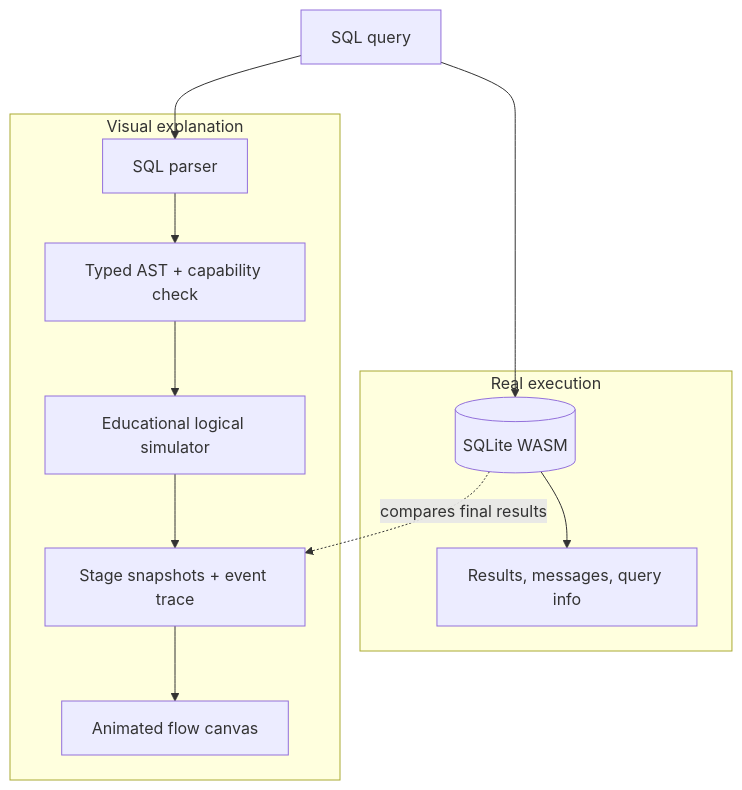
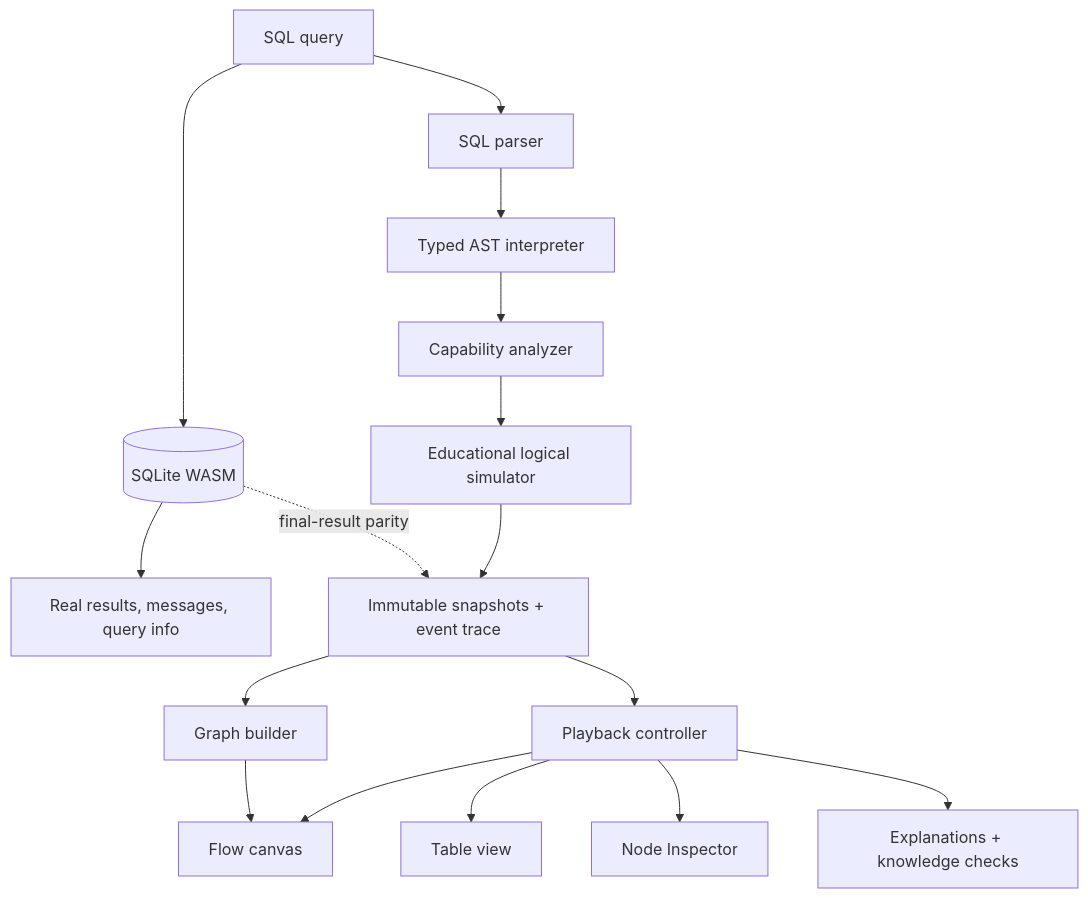
One commit to Student-Abhishekkumar/SQL-Visualizer changed the diagram in README.md. Above: the diagram before and after it, drawn with Mermaid. The commit also changed other lines of this file and 45 other files, not shown here.

````diff
--- a/README.md
+++ b/README.md
@@ -136,26 +143,20 @@
 ```mermaid
 flowchart TD
-    Q[SQL query]
+    Q[SQL query] --> SQLITE[(SQLite WASM)]
+    SQLITE --> RESULT[Real results, messages, query info]
 
-    subgraph real[Real execution]
-        SQLITE[(SQLite WASM)]
-        RESULT[Results, messages, query info]
-    end
+    Q --> PARSER[SQL parser]
+    PARSER --> INTERP[Typed AST interpreter]
+    INTERP --> CAP[Capability analyzer]
+    CAP --> SIM[Educational logical simulator]
+    SIM --> SNAP[Immutable snapshots + event trace]
+    SQLITE -. final-result parity .-> SNAP
 
-    subgraph visual[Visual explanation]
-        PARSER[SQL parser]
-        AST[Typed AST + capability check]
-        SIM[Educational logical simulator]
-        SNAP[Stage snapshots + event trace]
-        CANVAS[Animated flow canvas]
-    end
-
-    Q --> SQLITE
-    SQLITE --> RESULT
-    Q --> PARSER
-    PARSER --> AST
-    AST --> SIM
-    SIM --> SNAP
-    SNAP --> CANVAS
-    SQLITE -. compares final results .-> SNAP
+    SNAP --> GRAPH[Graph builder]
+    GRAPH --> FLOW[Flow canvas]
+    SNAP --> PLAY[Playback controller]
+    PLAY --> FLOW
+    PLAY --> TABLE[Table view]
+    PLAY --> INSPECT[Node Inspector]
+    PLAY --> DOCS[Explanations + knowledge checks]
 ```
````
